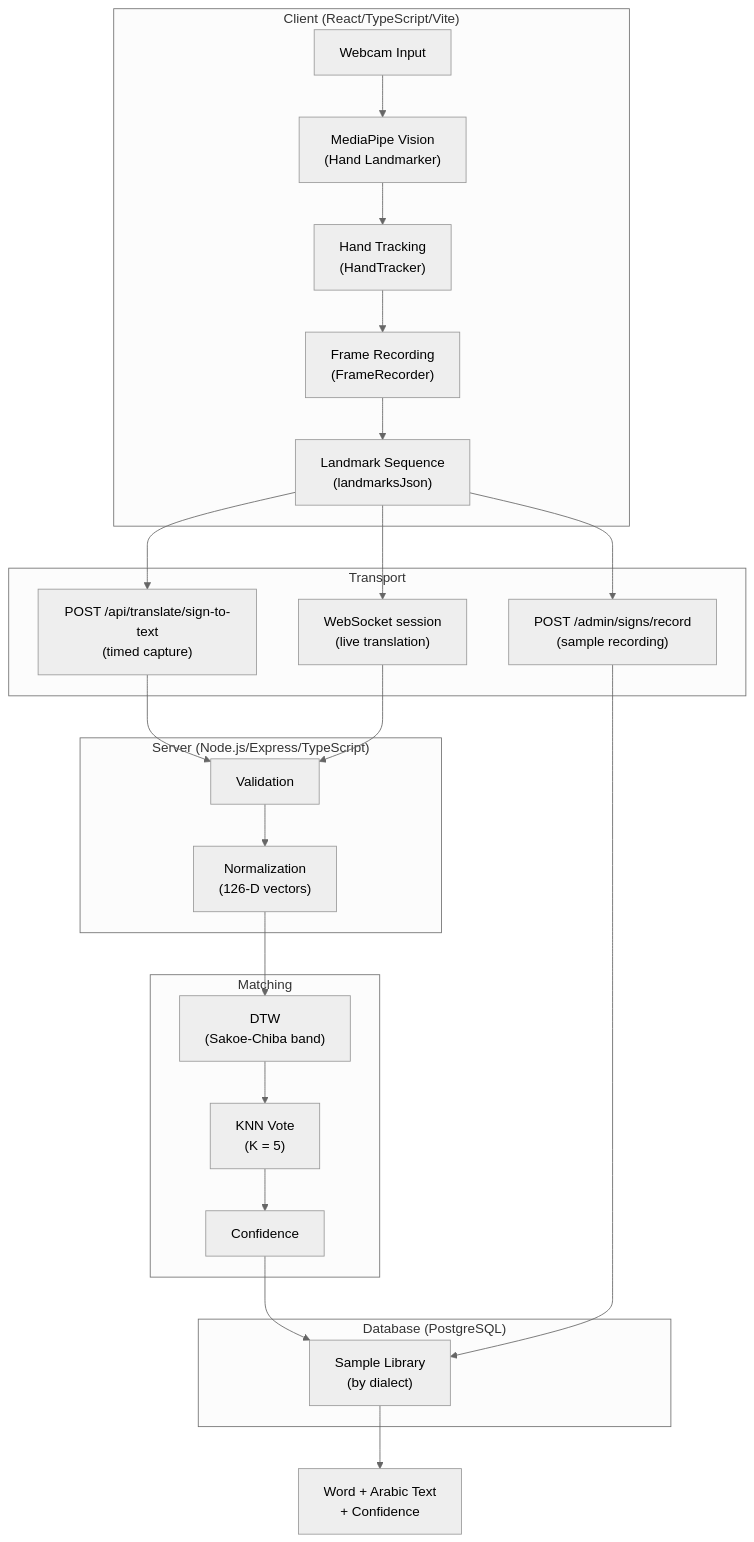
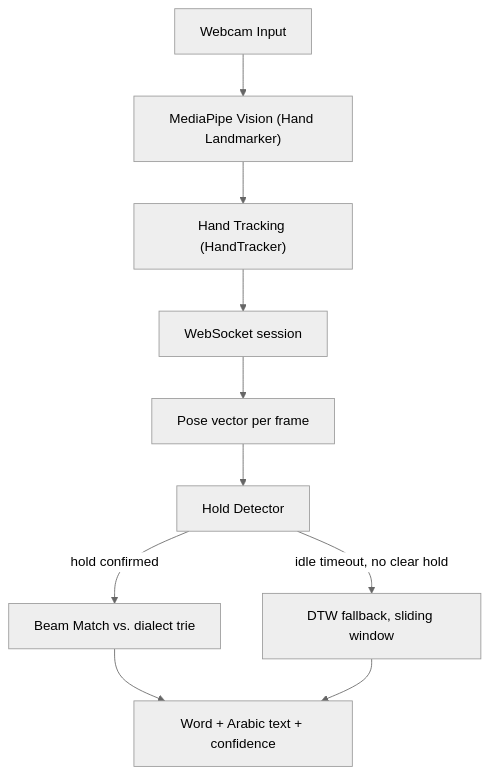
The first of 2 diagrams in docs/PipelineProcess.md (mnoNoor/Ishara), drawn with Mermaid (neutral theme) before and after one commit. The commit also changed other lines of this file and 10 other files, not shown here.

````diff
--- a/docs/PipelineProcess.md
+++ b/docs/PipelineProcess.md
@@ -23,34 +25,12 @@
 ```mermaid
 graph TB
-    subgraph Client["Client (React/TypeScript/Vite)"]
-        A["Webcam Input"] --> B["MediaPipe Vision<br/>(Hand Landmarker)"]
-        B --> C["Hand Tracking<br/>(HandTracker)"]
-        C --> D["Frame Recording<br/>(FrameRecorder)"]
-        D --> E["Landmark Sequence<br/>(landmarksJson)"]
-    end
-
-    subgraph Transport["Transport"]
-        E --> F1["POST /api/translate/sign-to-text<br/>(timed capture)"]
-        E --> F2["WebSocket session<br/>(live translation)"]
-        E --> F3["POST /admin/signs/record<br/>(sample recording)"]
-    end
-
-    subgraph Server["Server (Node.js/Express/TypeScript)"]
-        F1 --> G["Validation"]
-        F2 --> G
-        G --> H["Normalization<br/>(126-D vectors)"]
-    end
-
-    subgraph Matching["Matching"]
-        H --> I["DTW<br/>(Sakoe-Chiba band)"]
-        I --> J["KNN Vote<br/>(K = 5)"]
-        J --> K["Confidence"]
-    end
-
-    subgraph Database["Database (PostgreSQL)"]
-        K --> L["Sample Library<br/>(by dialect)"]
-        F3 --> L
-    end
-
-    L --> M["Word + Arabic Text<br/>+ Confidence"]
+    A["Webcam Input"] --> B["MediaPipe Vision (Hand Landmarker)"]
+    B --> C["Hand Tracking (HandTracker)"]
+    C --> D["WebSocket session"]
+    D --> E["Pose vector per frame"]
+    E --> F["Hold Detector"]
+    F -->|hold confirmed| G["Beam Match vs. dialect trie"]
+    F -->|idle timeout, no clear hold| H["DTW fallback, sliding window"]
+    G --> I["Word + Arabic text + confidence"]
+    H --> I
 ```
````
